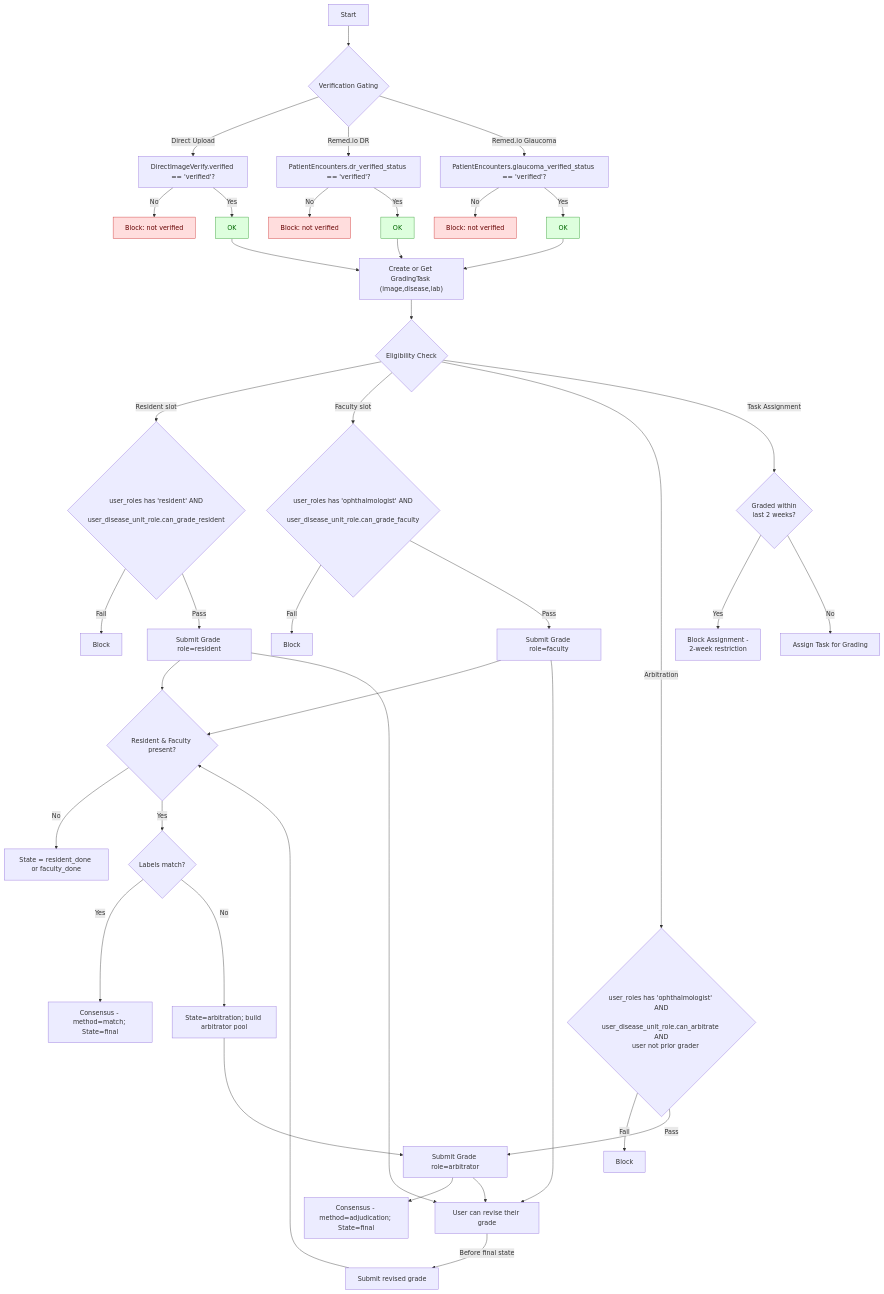
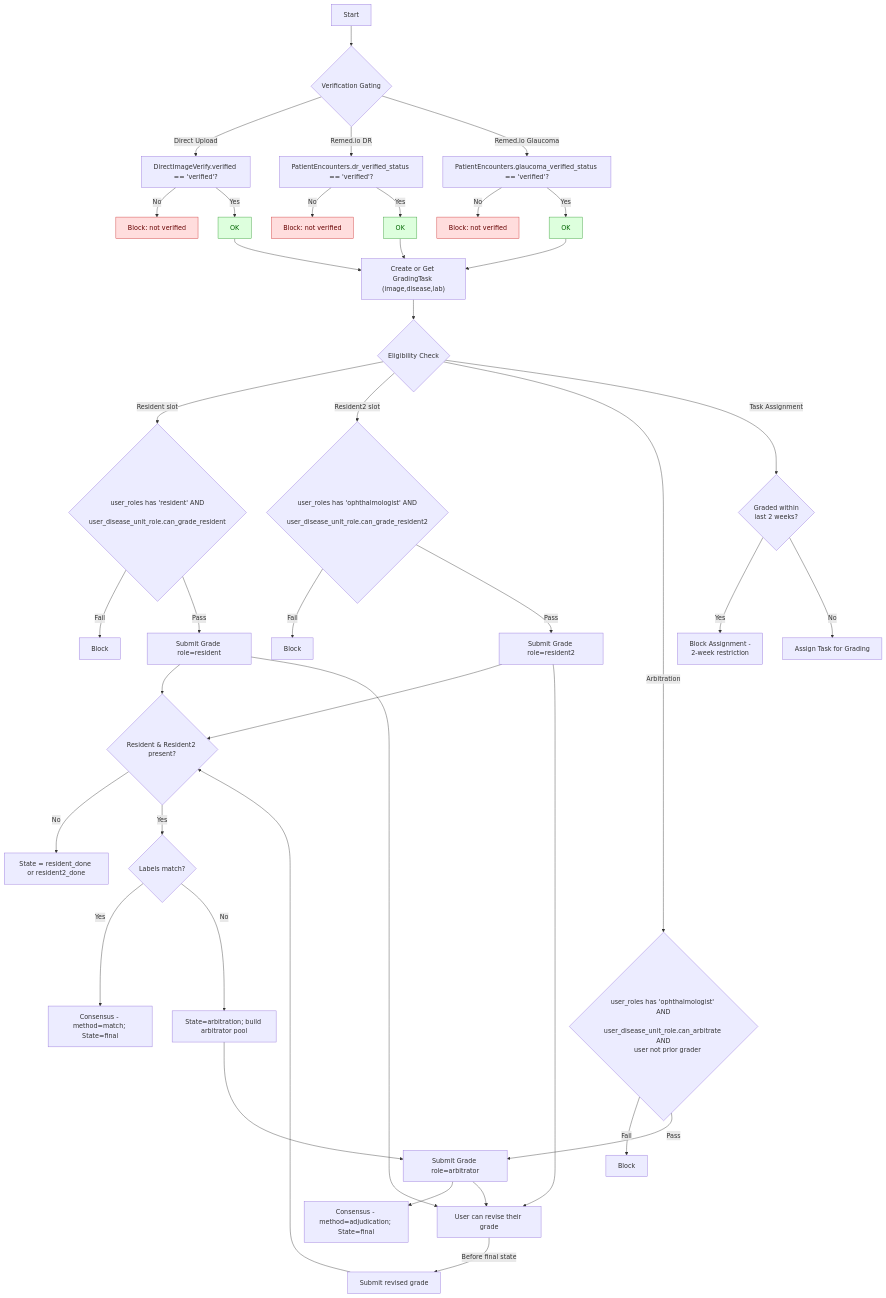
One commit to drguptavivek/fundus_img_xtract changed the first of 2 diagrams in TODO/dual_grading/001-overview.md. Above: the diagram before and after it, drawn with Mermaid. The commit also changed other lines of this file and 98 other files, not shown here.

````diff
--- a/TODO/dual_grading/001-overview.md
+++ b/TODO/dual_grading/001-overview.md
@@ -63,70 +63,70 @@
 ```mermaid
 flowchart TD
     %% Verification gating before any task creation
     S[Start] --> VG{Verification Gating}
     VG -->|Direct Upload| VGD[DirectImageVerify.verified == 'verified'?]
     VG -->|Remed.io DR| VDR[PatientEncounters.dr_verified_status == 'verified'?]
     VG -->|Remed.io Glaucoma| VGL[PatientEncounters.glaucoma_verified_status == 'verified'?]
 
     VGdNo[Block: not verified]:::stop
     VdrNo[Block: not verified]:::stop
     VglNo[Block: not verified]:::stop
 
     VGdYes[OK]:::ok
     VdrYes[OK]:::ok
     VglYes[OK]:::ok
 
     VGD -->|No| VGdNo
     VGD -->|Yes| VGdYes
     VDR -->|No| VdrNo
     VDR -->|Yes| VdrYes
     VGL -->|No| VglNo
     VGL -->|Yes| VglYes
 
     %% Task creation (native disease or ensure_task)
     VGdYes --> CT["Create or Get GradingTask (image,disease,lab)"]
     VdrYes --> CT
     VglYes --> CT
 
     %% Eligibility check per slot prior to grading
     CT --> EC{Eligibility Check}
     EC -->|Resident slot| ER{user_roles has 'resident' AND
     user_disease_unit_role.can_grade_resident}
-    EC -->|Faculty slot| EF{user_roles has 'ophthalmologist' AND
-    user_disease_unit_role.can_grade_faculty}
+    EC -->|Resident2 slot| EF{user_roles has 'ophthalmologist' AND
+    user_disease_unit_role.can_grade_resident2}
     EC -->|Arbitration| EA{user_roles has 'ophthalmologist' AND
     user_disease_unit_role.can_arbitrate AND
     user not prior grader}
 
     ER -->|Fail| BR[Block]
     EF -->|Fail| BF[Block]
     EA -->|Fail| BA[Block]
     ER -->|Pass| GR["Submit Grade role=resident"]
-    EF -->|Pass| GF["Submit Grade role=faculty"]
+    EF -->|Pass| GF["Submit Grade role=resident2"]
     EA -->|Pass| GA["Submit Grade role=arbitrator"]
 
     %% Dual grading convergence
-    GR --> CK{"Resident & Faculty present?"}
+    GR --> CK{"Resident & Resident2 present?"}
     GF --> CK
-    CK -->|No| WAIT["State = resident_done or faculty_done"]
+    CK -->|No| WAIT["State = resident_done or resident2_done"]
     CK -->|Yes| MATCH{Labels match?}
     MATCH -->|Yes| CM["Consensus - method=match; State=final"]
     MATCH -->|No| ARB["State=arbitration; build arbitrator pool"]
     ARB --> GA
     GA --> CA["Consensus - method=adjudication; State=final"]
 
     %% Revision functionality
     GR --> REV[User can revise their grade]
     GF --> REV
     GA --> REV
     REV -->|Before final state| REVSUB[Submit revised grade]
     REVSUB --> CK
 
     %% 2-week restriction logic
     EC -->|Task Assignment| TWOR{Graded within<br/>last 2 weeks?}
     TWOR -->|Yes| BLOCK2W[Block Assignment - <br/>2-week restriction]
     TWOR -->|No| ASSIGN[Assign Task for Grading]
 
     classDef stop fill:#fdd,stroke:#c33,stroke-width:1px,color:#600
     classDef ok fill:#dfd,stroke:#393,stroke-width:1px,color:#060
 ```
````
